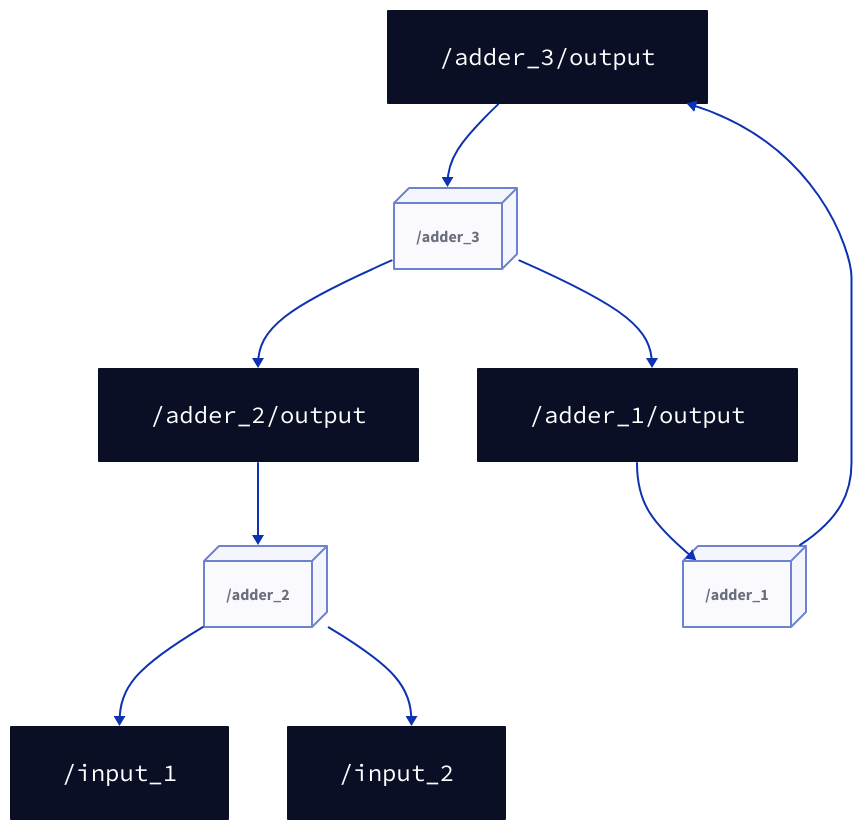
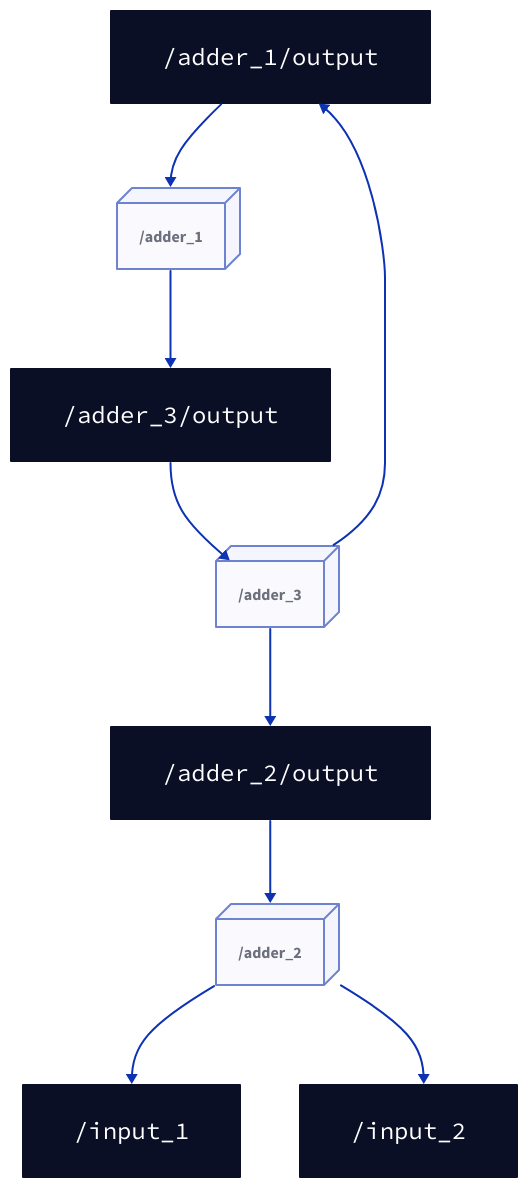
One commit to Greenroom-Robotics/ros-d2 changed the diagram in example_output/ros-diagram.d2. Above: the diagram before and after it, drawn with D2. The commit also changed other lines of this file and 5 other files, not shown here.

```diff
--- a/example_output/ros-diagram.d2
+++ b/example_output/ros-diagram.d2
@@ -1,41 +1,41 @@
-/adder_3/output: {
+/adder_1/output: {
   shape: class
 }
 /adder_2/output: {
   shape: class
 }
-/input_1: {
+/adder_3/output: {
   shape: class
 }
-/adder_1/output: {
+/input_1: {
   shape: class
 }
 /input_2: {
   shape: class
+}
+/adder_1: {
+  style: {
+    opacity: 0.6
+    3d: true
+  }
 }
 /adder_2: {
   style: {
     opacity: 0.6
     3d: true
   }
 }
 /adder_3: {
   style: {
     opacity: 0.6
     3d: true
   }
 }
-/adder_1: {
-  style: {
-    opacity: 0.6
-    3d: true
-  }
-}
+/adder_1 -> /adder_3/output
+/adder_1 <- /adder_1/output
 /adder_2 -> /input_1
 /adder_2 -> /input_2
 /adder_2 <- /adder_2/output
 /adder_3 -> /adder_1/output
 /adder_3 -> /adder_2/output
 /adder_3 <- /adder_3/output
-/adder_1 -> /adder_3/output
-/adder_1 <- /adder_1/output
```
